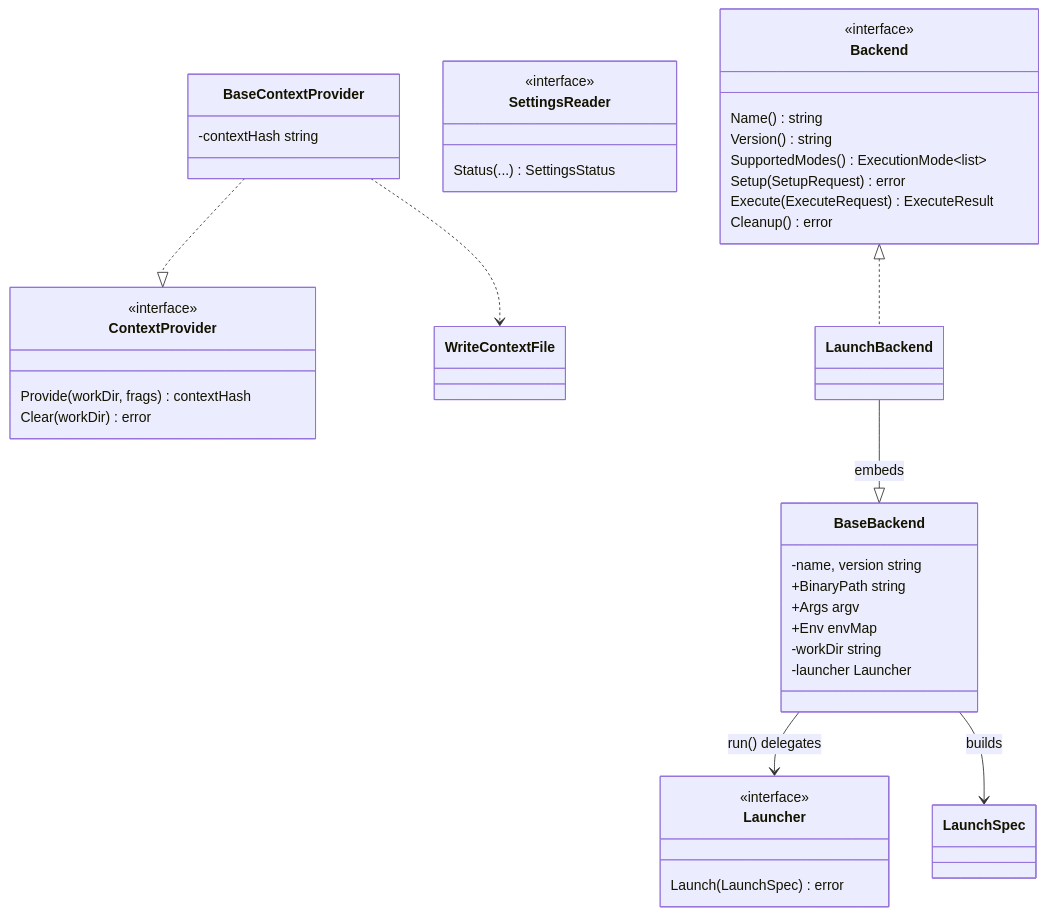
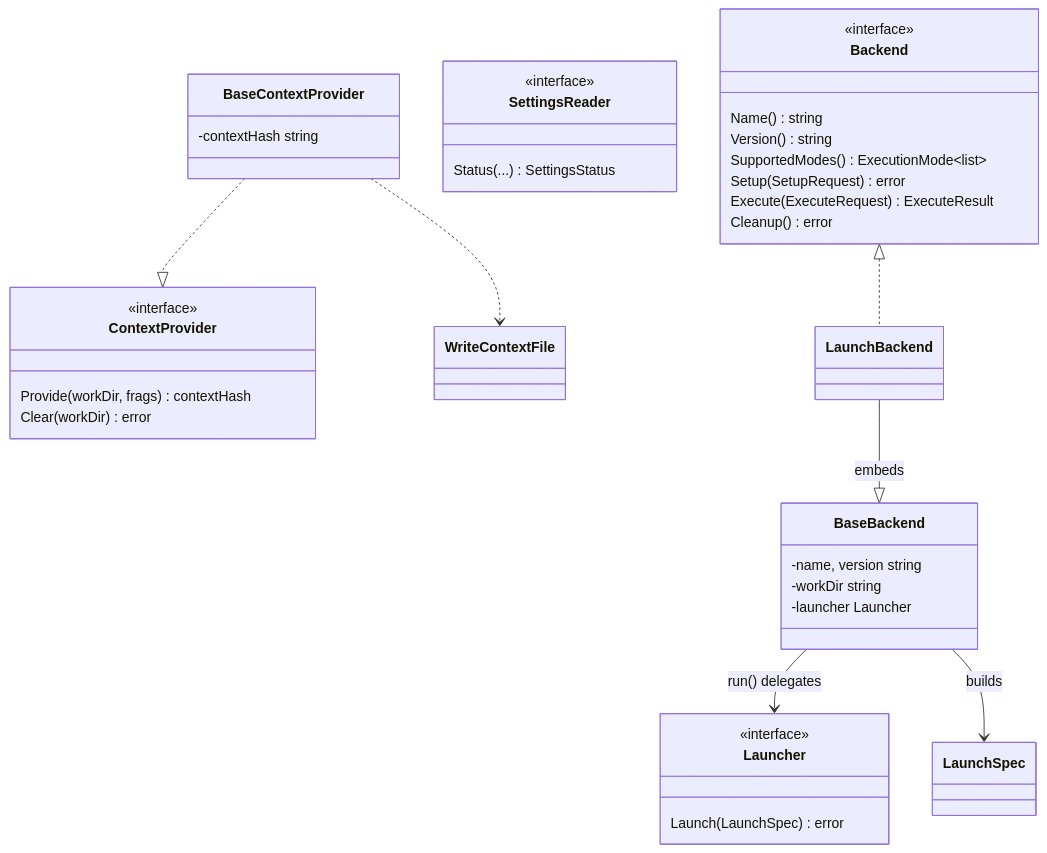
One commit to ctxloom/ctxloom changed the diagram in docs/architecture/shared/agent-backend-contract.md. Above: the diagram before and after it, drawn with Mermaid. The commit also changed other lines of this file and 2 other files, not shown here.

First line of the commit message:
binsource: launch docs name the composed Exec's binary as what is spawned

````diff
--- a/docs/architecture/shared/agent-backend-contract.md
+++ b/docs/architecture/shared/agent-backend-contract.md
@@ -5,46 +5,43 @@
 ```mermaid
 classDiagram
     class Backend {
         <<interface>>
         Name() string
         Version() string
         SupportedModes() ExecutionMode~list~
         Setup(SetupRequest) error
         Execute(ExecuteRequest) ExecuteResult
         Cleanup() error
     }
     class ContextProvider {
         <<interface>>
         Provide(workDir, frags) contextHash
         Clear(workDir) error
     }
     class SettingsReader {
         <<interface>>
         Status(...) SettingsStatus
     }
     class Launcher {
         <<interface>>
         Launch(LaunchSpec) error
     }
 
     class BaseBackend {
         -name, version string
-        +BinaryPath string
-        +Args argv
-        +Env envMap
         -workDir string
         -launcher Launcher
     }
     class BaseContextProvider {
         -contextHash string
     }
 
     BaseBackend --> Launcher : run() delegates
     BaseBackend --> LaunchSpec : builds
     BaseContextProvider ..|> ContextProvider
     BaseContextProvider ..> WriteContextFile
 
     class LaunchBackend
     LaunchBackend --|> BaseBackend : embeds
     Backend <|.. LaunchBackend
 ```
````
